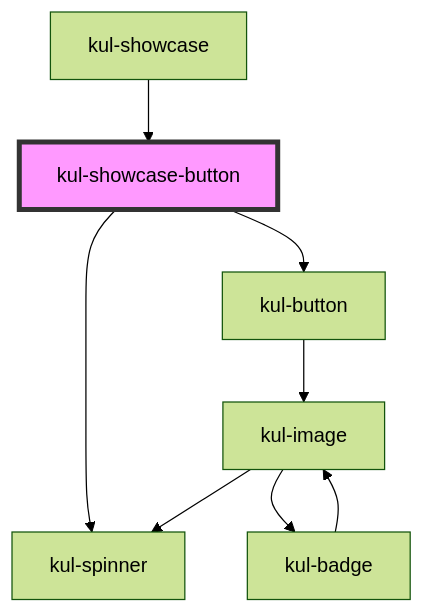
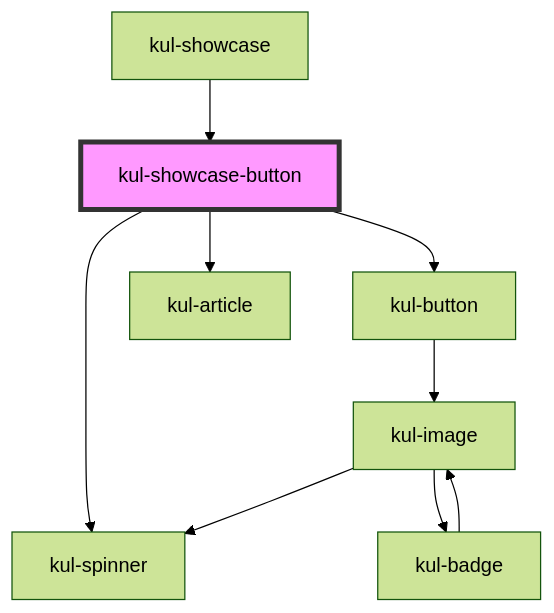
Before and after one commit to smeup/ketchup: the diagram in packages/ketchup-lite/src/components/kul-showcase/components/button/readme.md, drawn with Mermaid (forest theme). The commit also changed other lines of this file and 15 other files, not shown here.

````diff
--- a/packages/ketchup-lite/src/components/kul-showcase/components/button/readme.md
+++ b/packages/ketchup-lite/src/components/kul-showcase/components/button/readme.md
@@ -32,11 +33,12 @@
 ```mermaid
 graph TD;
   kul-showcase-button --> kul-button
   kul-showcase-button --> kul-spinner
+  kul-showcase-button --> kul-article
   kul-button --> kul-image
   kul-image --> kul-spinner
   kul-image --> kul-badge
   kul-badge --> kul-image
   kul-showcase --> kul-showcase-button
   style kul-showcase-button fill:#f9f,stroke:#333,stroke-width:4px
 ```
````
